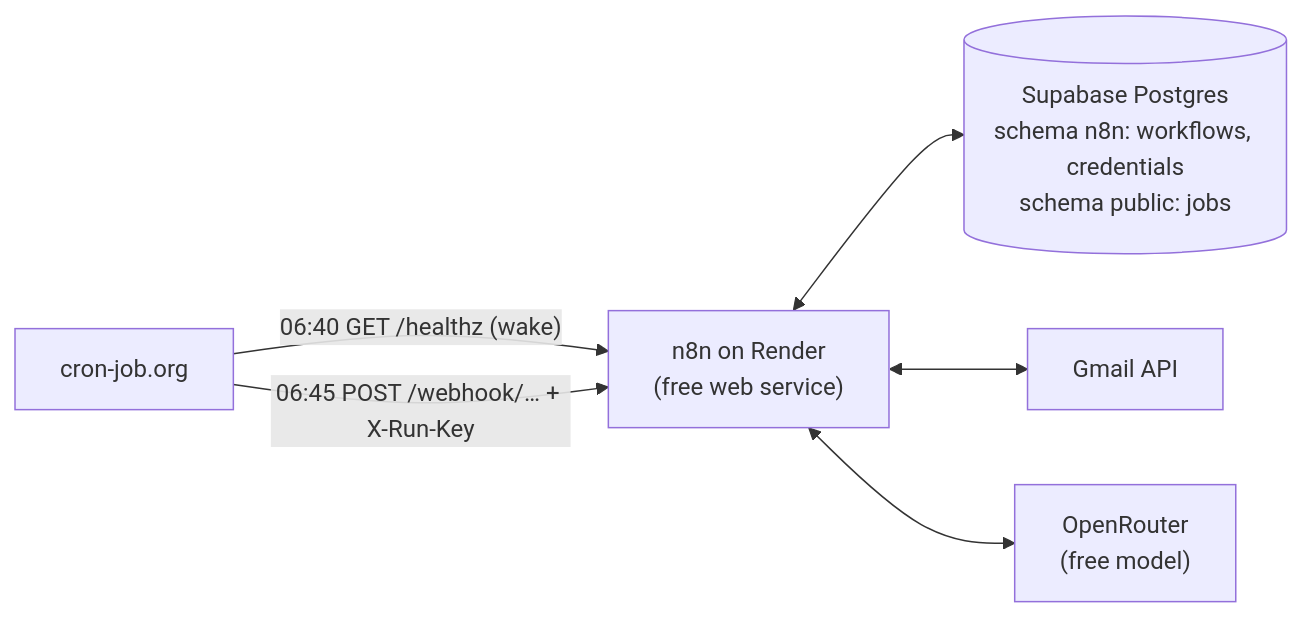
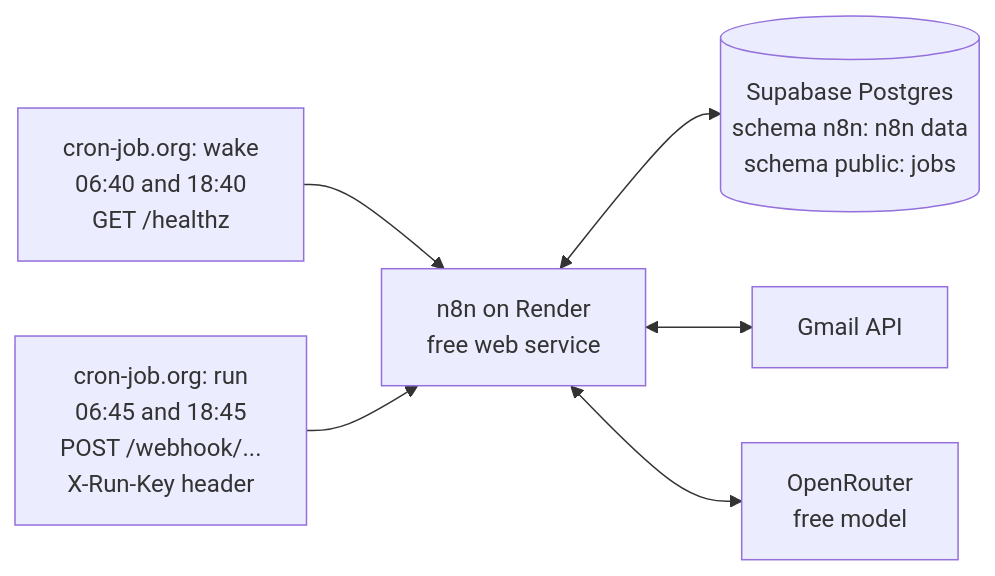
One commit to bilitixi/n8n-job-seek-workflow changed the diagram in docs/deployment.md. Above: the diagram before and after it, drawn with Mermaid.

Commit message:
Tidy the deployment diagram so labels don't overlap
Move the cron schedule details from edge labels into the nodes.

Claude-Session: https://claude.ai/code/session_01NsB4PsSYa5PiDFCDZqopHk

````diff
--- a/docs/deployment.md
+++ b/docs/deployment.md
@@ -5,8 +5,8 @@
 ```mermaid
 flowchart LR
-    C["cron-job.org"] -- "06:40 GET /healthz (wake)" --> R
-    C -- "06:45 POST /webhook/… + X-Run-Key" --> R
-    R["n8n on Render<br/>(free web service)"] <--> S[("Supabase Postgres<br/>schema n8n: workflows, credentials<br/>schema public: jobs")]
+    W["cron-job.org: wake<br/>06:40 and 18:40<br/>GET /healthz"] --> R
+    X["cron-job.org: run<br/>06:45 and 18:45<br/>POST /webhook/...<br/>X-Run-Key header"] --> R
+    R["n8n on Render<br/>free web service"] <--> S[("Supabase Postgres<br/>schema n8n: n8n data<br/>schema public: jobs")]
     R <--> G["Gmail API"]
-    R <--> O["OpenRouter<br/>(free model)"]
+    R <--> O["OpenRouter<br/>free model"]
 ```
````
